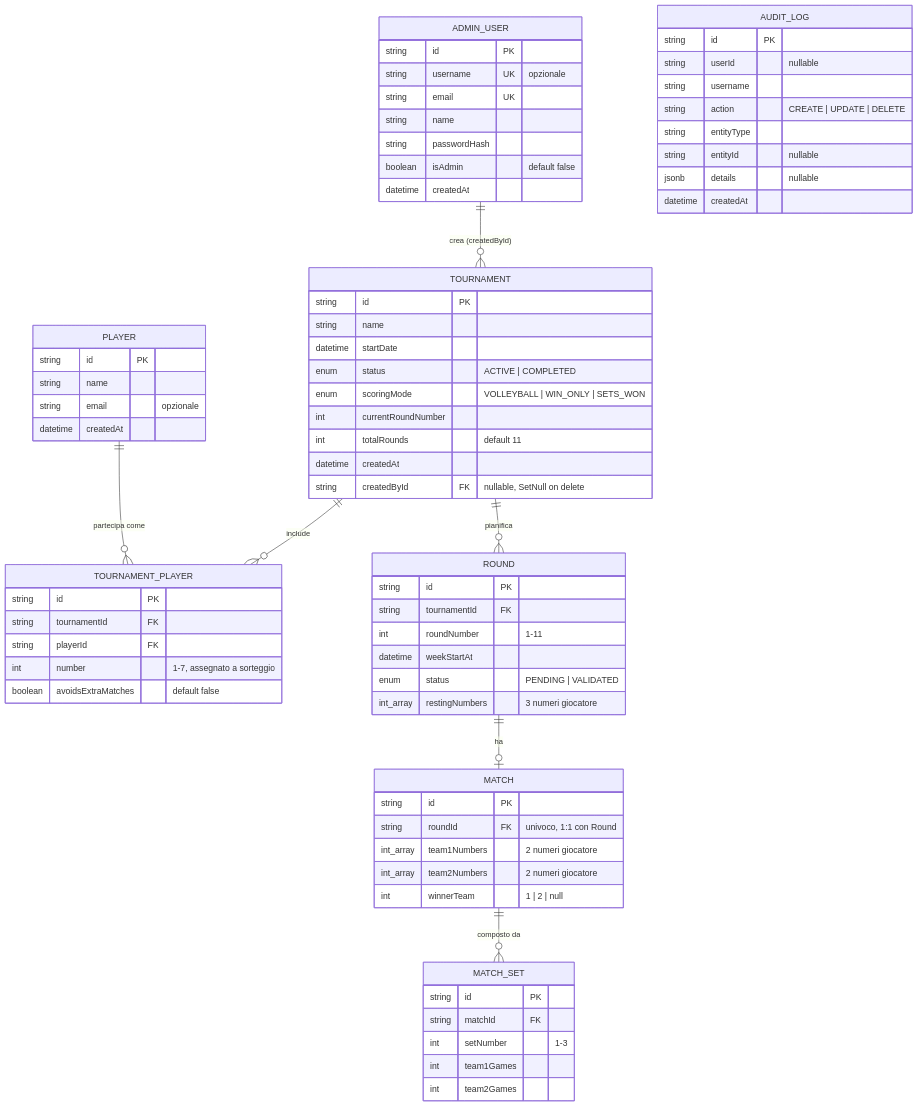
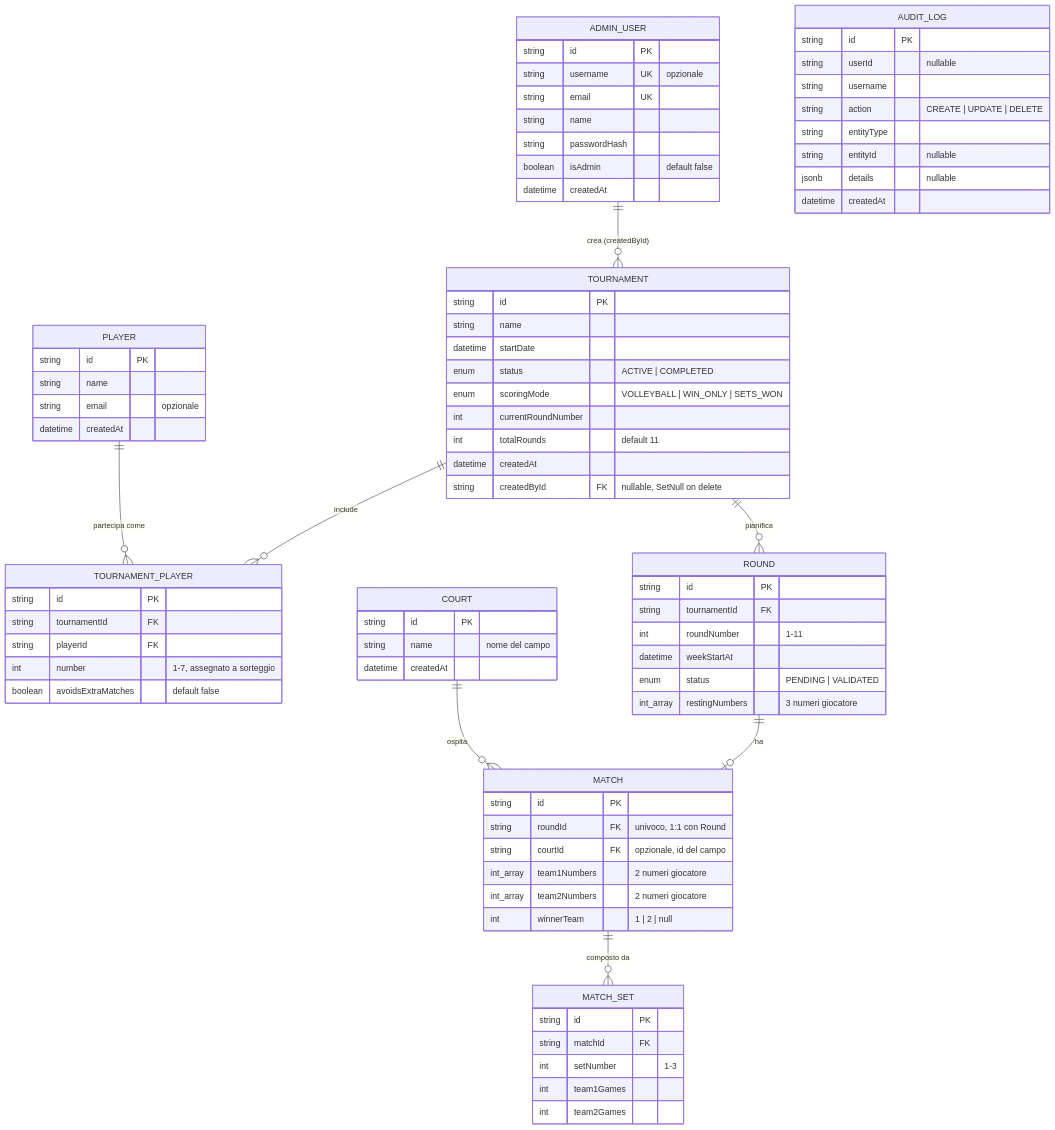
Before and after one commit to Brokenedo/padel-torneo: the second of 2 diagrams in ARCHITECTURE.md, drawn with Mermaid. The commit also changed 1 other file, not shown here.

Commit message:
docs: update docs for court management feature

```diff
--- a/ARCHITECTURE.md
+++ b/ARCHITECTURE.md
@@ -152,6 +152,7 @@
     TOURNAMENT ||--o{ ROUND : "pianifica"
     ROUND ||--o| MATCH : "ha"
     MATCH ||--o{ MATCH_SET : "composto da"
+    COURT ||--o{ MATCH : "ospita"
 
     ADMIN_USER {
         string id PK
@@ -202,9 +203,16 @@
     MATCH {
         string id PK
         string roundId FK "univoco, 1:1 con Round"
+        string courtId FK "opzionale, id del campo"
         int_array team1Numbers "2 numeri giocatore"
         int_array team2Numbers "2 numeri giocatore"
         int winnerTeam "1 | 2 | null"
+    }
+
+    COURT {
+        string id PK
+        string name "nome del campo"
+        datetime createdAt
     }
 
     MATCH_SET {
```
